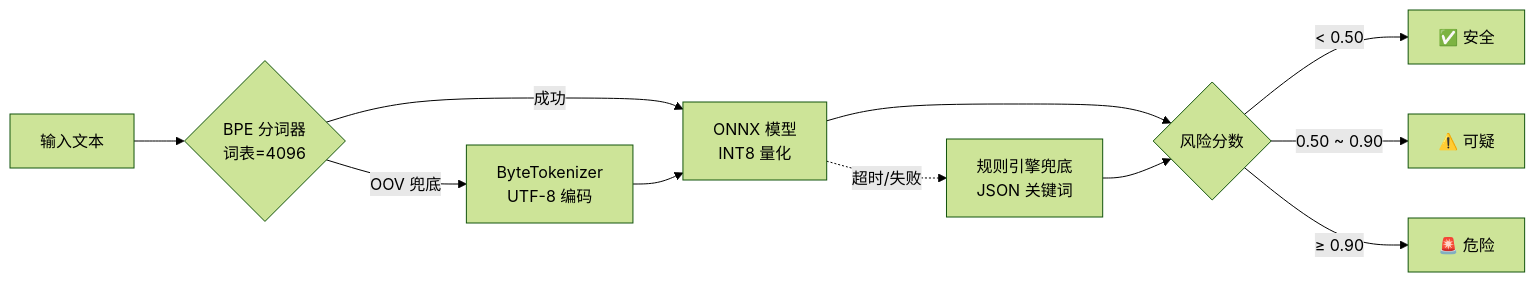
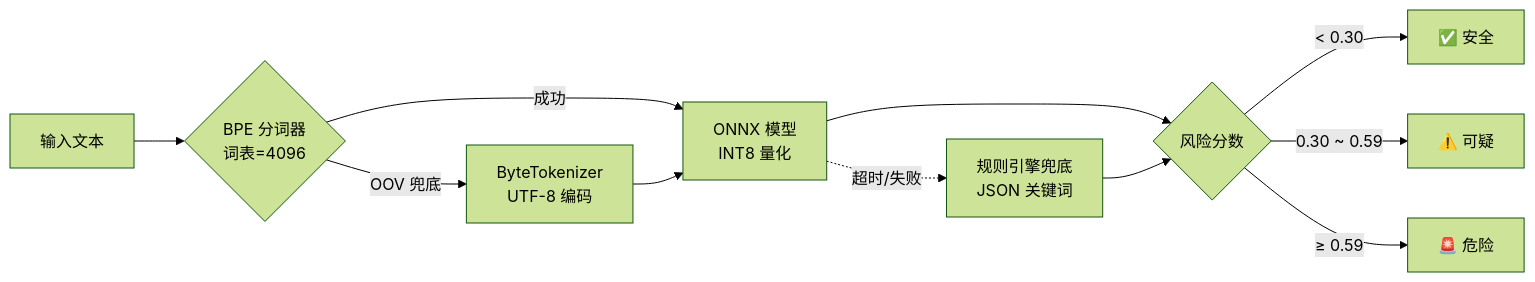
One commit to Tianshang301/TianshangGuard changed the second of 4 diagrams in readme/README.zh-CN.md. Above: the diagram before and after it, drawn with Mermaid (forest theme). The commit also changed other lines of this file and 15 other files, not shown here.

````diff
--- a/readme/README.zh-CN.md
+++ b/readme/README.zh-CN.md
@@ -141,13 +147,13 @@
 ```mermaid
 flowchart LR
     A[输入文本] --> B{BPE 分词器<br/>词表=4096}
     B -->|成功| C[ONNX 模型<br/>INT8 量化]
     B -->|OOV 兜底| D[ByteTokenizer<br/>UTF-8 编码]
     D --> C
     C --> E{风险分数}
-    E -->|< 0.50| F[✅ 安全]
-    E -->|0.50 ~ 0.90| G[⚠️ 可疑]
-    E -->|≥ 0.90| H[🚨 危险]
+    E -->|< 0.30| F[✅ 安全]
+    E -->|0.30 ~ 0.59| G[⚠️ 可疑]
+    E -->|≥ 0.59| H[🚨 危险]
     C -.->|超时/失败| I[规则引擎兜底<br/>JSON 关键词]
     I --> E
 ```
````
